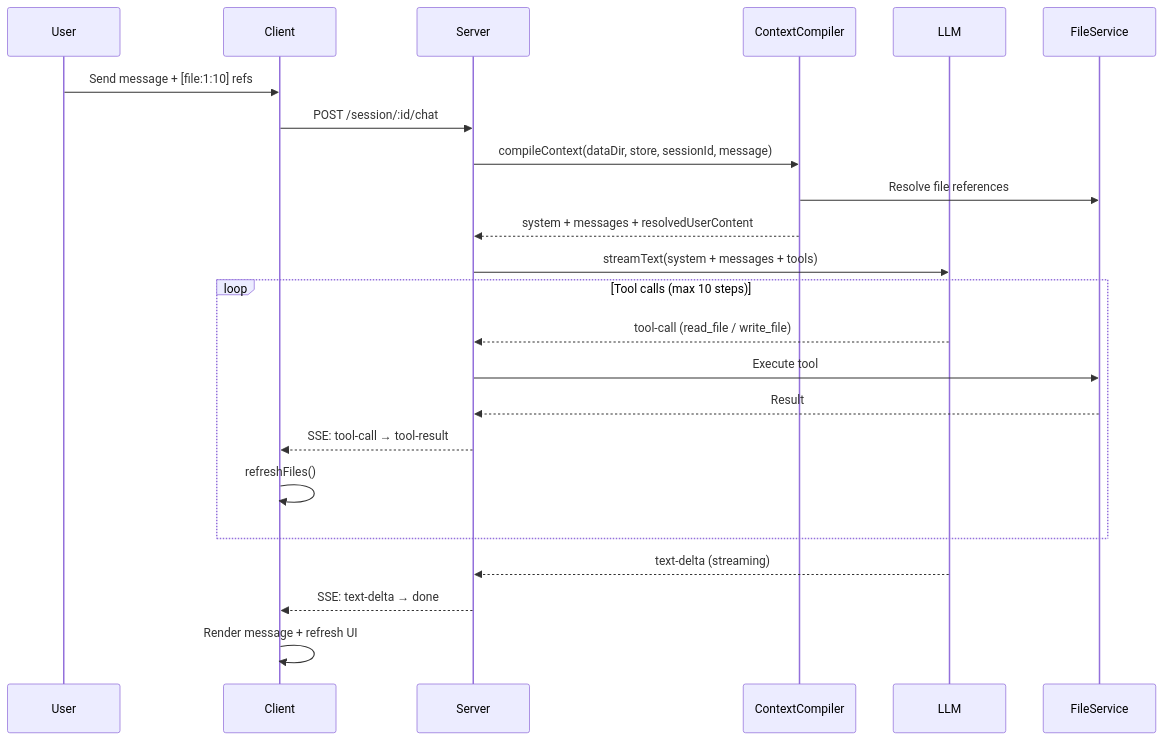
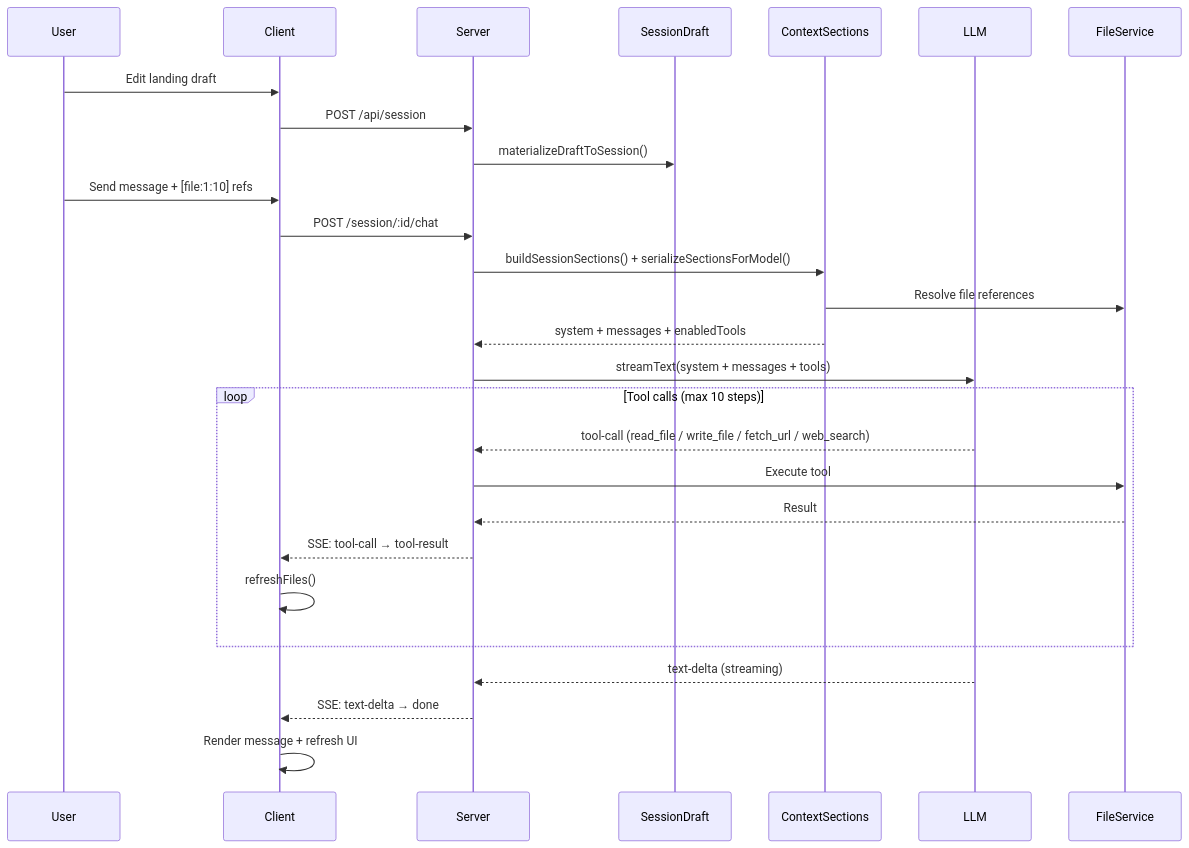
One commit to albert-zen/AgentTeacher-Tutor changed the second of 4 diagrams in ARCHITECTURE.md. Above: the diagram before and after it, drawn with Mermaid. The commit also changed other lines of this file and 5 other files, not shown here.

Commit message:
Update docs for session draft architecture

````diff
--- a/ARCHITECTURE.md
+++ b/ARCHITECTURE.md
@@ -64,28 +72,32 @@
 ```mermaid
 sequenceDiagram
     participant U as User
     participant C as Client
     participant S as Server
-    participant CC as ContextCompiler
+    participant SD as SessionDraft
+    participant CC as ContextSections
     participant L as LLM
     participant F as FileService
 
+    U->>C: Edit landing draft
+    C->>S: POST /api/session
+    S->>SD: materializeDraftToSession()
     U->>C: Send message + [file:1:10] refs
     C->>S: POST /session/:id/chat
-    S->>CC: compileContext(dataDir, store, sessionId, message)
+    S->>CC: buildSessionSections() + serializeSectionsForModel()
     CC->>F: Resolve file references
-    CC-->>S: system + messages + resolvedUserContent
+    CC-->>S: system + messages + enabledTools
     S->>L: streamText(system + messages + tools)
 
     loop Tool calls (max 10 steps)
-        L-->>S: tool-call (read_file / write_file)
+        L-->>S: tool-call (read_file / write_file / fetch_url / web_search)
         S->>F: Execute tool
         F-->>S: Result
         S-->>C: SSE: tool-call → tool-result
         C->>C: refreshFiles()
     end
 
     L-->>S: text-delta (streaming)
     S-->>C: SSE: text-delta → done
     C->>C: Render message + refresh UI
 ```
````
